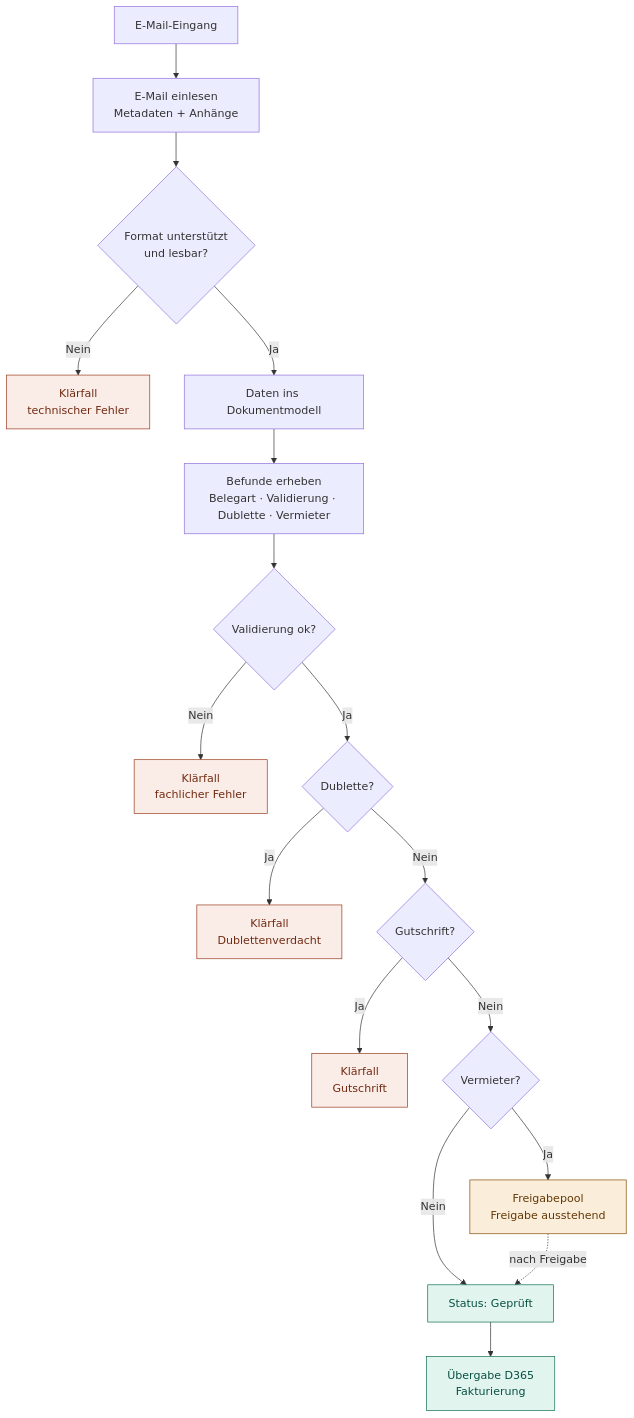
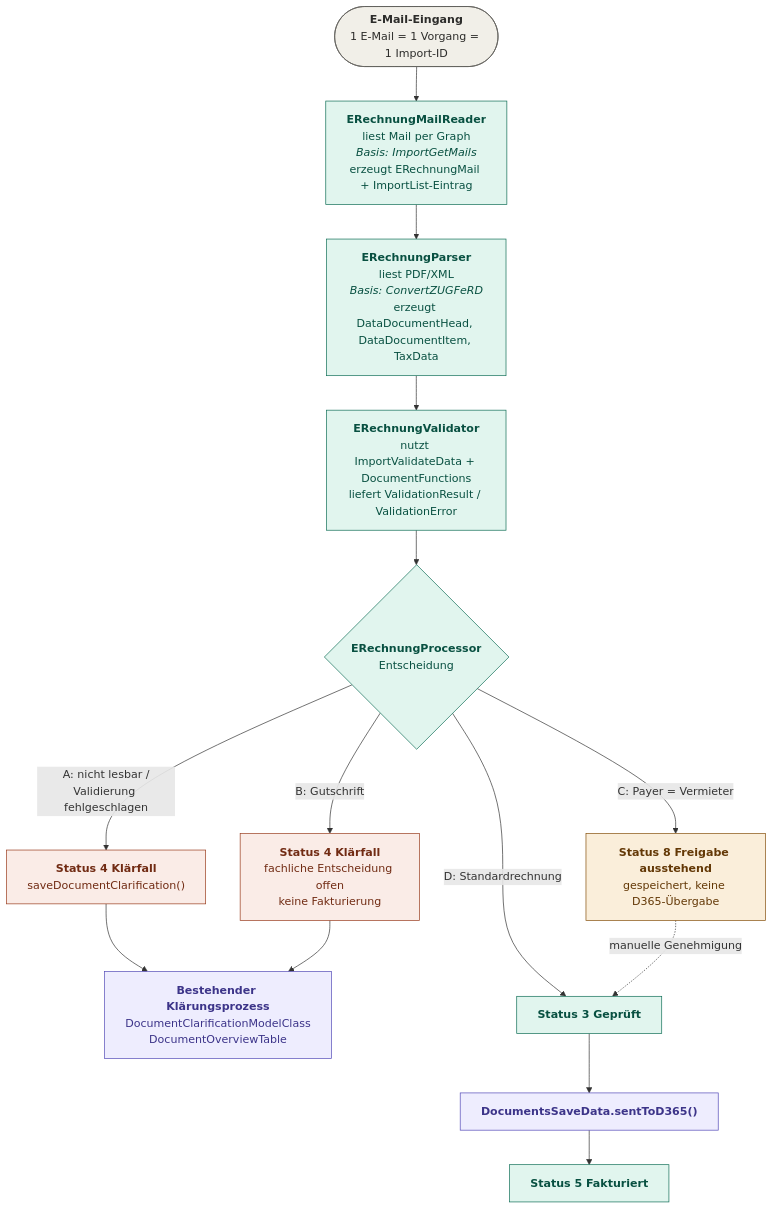
Before and after one commit to Murad-Mehdizade/Zielkonzept-eRechnungsverarbeitung: the first of 2 diagrams in README.md, drawn with Mermaid. The commit also changed other lines of this file, not shown here.

````diff
--- a/README.md
+++ b/README.md
@@ -9,26 +17,29 @@
 ```mermaid
 flowchart TD
-    A[E-Mail-Eingang] --> B[E-Mail einlesen<br/>Metadaten + Anhänge]
-    B --> C{Format unterstützt<br/>und lesbar?}
-    C -- Nein --> K1[Klärfall<br/>technischer Fehler]
-    C -- Ja --> D[Daten ins Dokumentmodell]
-    D --> E[Befunde erheben<br/>Belegart · Validierung · Dublette · Vermieter]
-    E --> F{Validierung ok?}
-    F -- Nein --> K2[Klärfall<br/>fachlicher Fehler]
-    F -- Ja --> G{Dublette?}
-    G -- Ja --> K3[Klärfall<br/>Dublettenverdacht]
-    G -- Nein --> H{Gutschrift?}
-    H -- Ja --> K4[Klärfall<br/>Gutschrift]
-    H -- Nein --> I{Vermieter?}
-    I -- Ja --> P[Freigabepool<br/>Freigabe ausstehend]
-    I -- Nein --> S[Status: Geprüft]
-    P -. nach Freigabe .-> S
-    S --> X[Übergabe D365<br/>Fakturierung]
+    M(["<b>E-Mail-Eingang</b><br/>1 E-Mail = 1 Vorgang = 1 Import-ID"])
+    R["<b>ERechnungMailReader</b><br/>liest Mail per Graph<br/><i>Basis: ImportGetMails</i><br/>erzeugt ERechnungMail + ImportList-Eintrag"]
+    P["<b>ERechnungParser</b><br/>liest PDF/XML<br/><i>Basis: ConvertZUGFeRD</i><br/>erzeugt DataDocumentHead, DataDocumentItem, TaxData"]
+    V["<b>ERechnungValidator</b><br/>nutzt ImportValidateData + DocumentFunctions<br/>liefert ValidationResult / ValidationError"]
+    D{"<b>ERechnungProcessor</b><br/>Entscheidung"}
+    M --> R --> P --> V --> D
+    D -->|"A: nicht lesbar /<br/>Validierung fehlgeschlagen"| A1["<b>Status 4 Klärfall</b><br/>saveDocumentClarification()"]
+    D -->|"B: Gutschrift"| B1["<b>Status 4 Klärfall</b><br/>fachliche Entscheidung offen<br/>keine Fakturierung"]
+    A1 --> K["<b>Bestehender Klärungsprozess</b><br/>DocumentClarificationModelClass<br/>DocumentOverviewTable"]
+    B1 --> K
+    D -->|"C: Payer = Vermieter"| C1["<b>Status 8 Freigabe ausstehend</b><br/>gespeichert, keine D365-Übergabe"]
+    D -->|"D: Standardrechnung"| G3["<b>Status 3 Geprüft</b>"]
+    C1 -. "manuelle Genehmigung" .-> G3
+    G3 --> G4["<b>DocumentsSaveData.sentToD365()</b>"]
+    G4 --> G5["<b>Status 5 Fakturiert</b>"]
 
+    classDef neu fill:#E1F5EE,stroke:#0F6E56,color:#085041
     classDef klaer fill:#FAECE7,stroke:#993C1D,color:#712B13
     classDef frei fill:#FAEEDA,stroke:#854F0B,color:#633806
-    classDef ok fill:#E1F5EE,stroke:#0F6E56,color:#085041
-    class K1,K2,K3,K4 klaer
-    class P frei
-    class S,X ok
+    classDef best fill:#EEEDFE,stroke:#534AB7,color:#3C3489
+    classDef start fill:#F1EFE8,stroke:#5F5E5A,color:#2C2C2A
+    class R,P,V,D,G3,G5 neu
+    class A1,B1 klaer
+    class C1 frei
+    class K,G4 best
+    class M start
 ```
````
